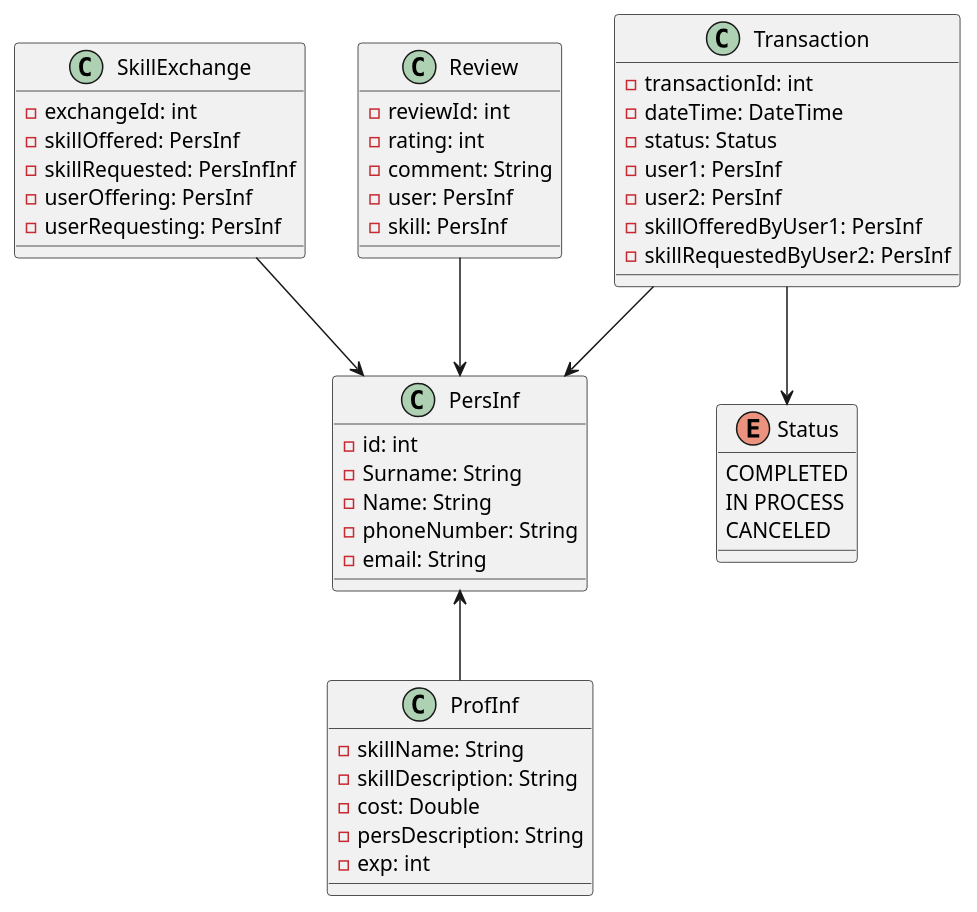
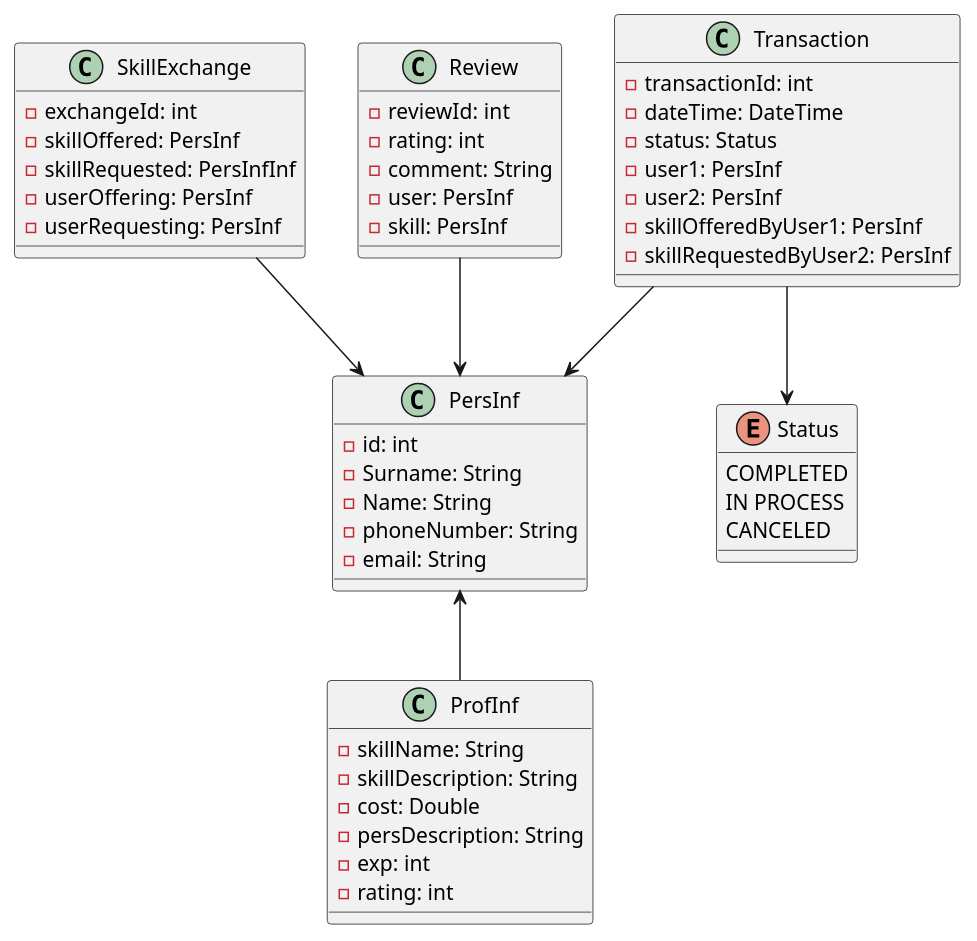
The diagram in src/main/uml/ClassDiagram.puml (Xastt/SkillSwapArchitecture), drawn with PlantUML before and after one commit. The commit also changed 2 other files, not shown here.

Commit message:
Edit ErDiagram.puml, ClassDiagram.puml. Final version

```diff
--- a/src/main/uml/ClassDiagram.puml
+++ b/src/main/uml/ClassDiagram.puml
@@ -1,60 +1,61 @@
 @startuml
 
 class PersInf {
     -id: int
     -Surname: String
     -Name: String
     -phoneNumber: String
     -email: String
 }
 
 class ProfInf {
     -skillName: String
     -skillDescription: String
     -cost: Double
     -persDescription: String
     -exp: int
+    -rating: int
 }
 
 class SkillExchange {
     -exchangeId: int
     -skillOffered: PersInf
     -skillRequested: PersInfInf
     -userOffering: PersInf
     -userRequesting: PersInf
 }
 
 
 
 class Review {
     -reviewId: int
     -rating: int
     -comment: String
     -user: PersInf
     -skill: PersInf
 }
 
 class Transaction {
     -transactionId: int
     -dateTime: DateTime
     -status: Status
     -user1: PersInf
     -user2: PersInf
     -skillOfferedByUser1: PersInf
     -skillRequestedByUser2: PersInf
 }
 
 enum Status {
     COMPLETED
     IN PROCESS
     CANCELED
 }
 
 PersInf <-- ProfInf
 SkillExchange --> PersInf
 Review --> PersInf
 Transaction --> PersInf
 Transaction --> Status
 
 
 @enduml
```
